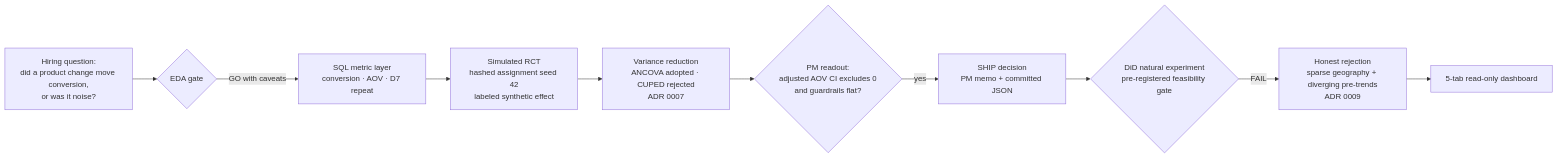
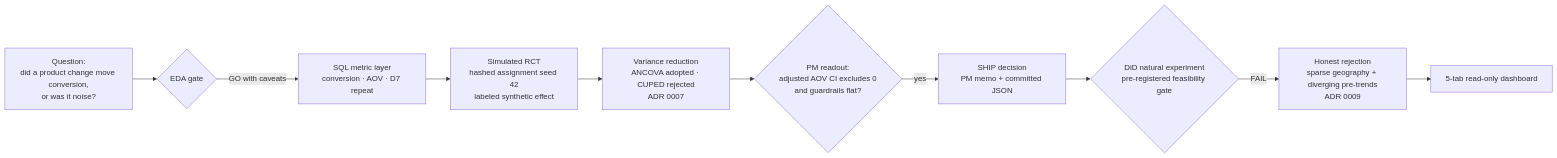
The first of 5 diagrams in README.md (tirthjoship/product-experimentation), drawn with Mermaid before and after one commit. The commit also changed other lines of this file and 10 other files, not shown here.

````diff
--- a/README.md
+++ b/README.md
@@ -27,12 +27,12 @@
 ```mermaid
 flowchart LR
-    Q["Hiring question:<br/>did a product change move conversion,<br/>or was it noise?"] --> G0{"EDA gate"}
+    Q["Question:<br/>did a product change move conversion,<br/>or was it noise?"] --> G0{"EDA gate"}
     G0 -->|"GO with caveats"| MET["SQL metric layer<br/>conversion · AOV · D7 repeat"]
     MET --> RCT["Simulated RCT<br/>hashed assignment seed 42<br/>labeled synthetic effect"]
     RCT --> VR["Variance reduction<br/>ANCOVA adopted · CUPED rejected<br/>ADR 0007"]
     VR --> PM{"PM readout:<br/>adjusted AOV CI excludes 0<br/>and guardrails flat?"}
     PM -->|"yes"| SHIP["SHIP decision<br/>PM memo + committed JSON"]
     SHIP --> DID{"DiD natural experiment<br/>pre-registered feasibility gate"}
     DID -->|"FAIL"| REJ["Honest rejection<br/>sparse geography + diverging pre-trends<br/>ADR 0009"]
     REJ --> DASH["5-tab read-only dashboard"]
 ```
````
